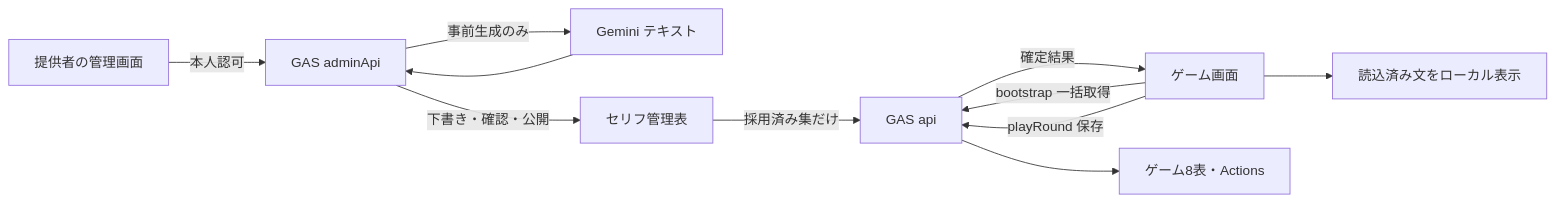
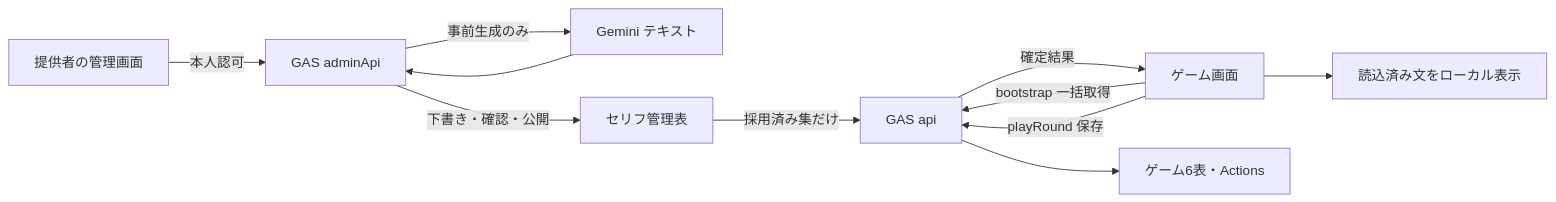
The diagram in docs/02_architecture.md (kurosawa-kuro/skill-janken), drawn with Mermaid before and after one commit. The commit also changed other lines of this file and 31 other files, not shown here.

````diff
--- a/docs/02_architecture.md
+++ b/docs/02_architecture.md
@@ -21,13 +21,13 @@
 ```mermaid
 flowchart LR
     A[提供者の管理画面] -->|本人認可| M[GAS adminApi]
     M -->|事前生成のみ| AI[Gemini テキスト]
     AI --> M
     M -->|下書き・確認・公開| D[セリフ管理表]
     B[ゲーム画面] -->|bootstrap 一括取得| G[GAS api]
-    G --> S[ゲーム8表・Actions]
+    G --> S[ゲーム6表・Actions]
     D -->|採用済み集だけ| G
     B -->|playRound 保存| G
     G -->|確定結果| B
     B --> L[読込済み文をローカル表示]
 ```
````
